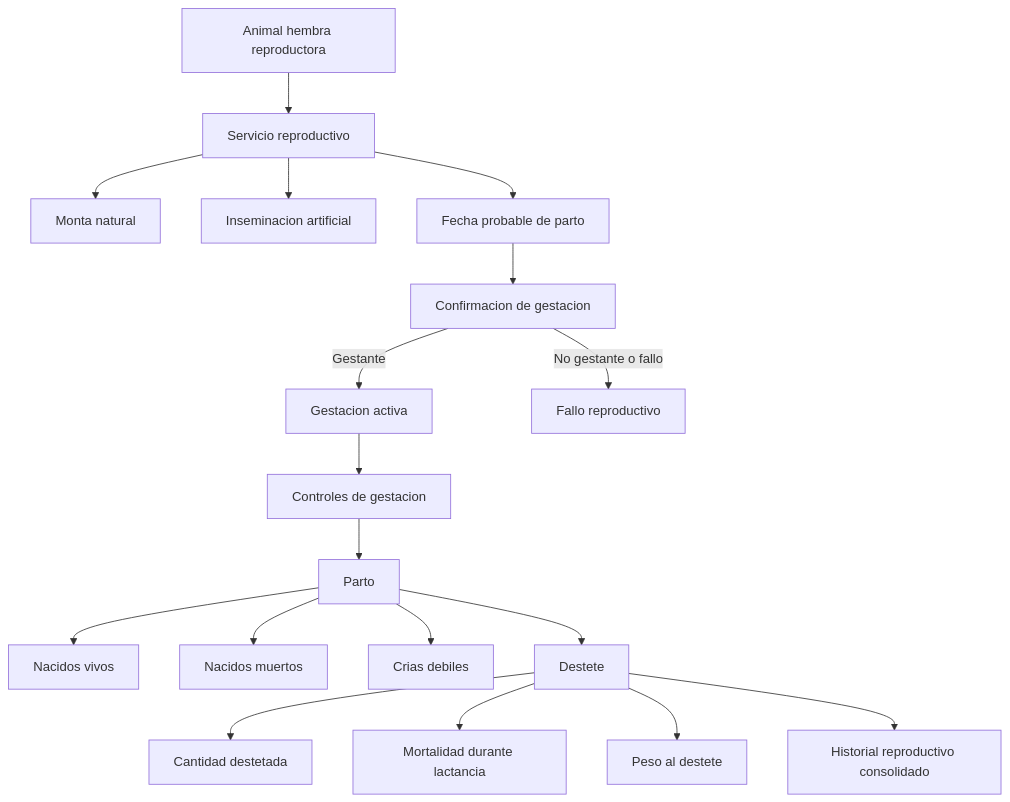
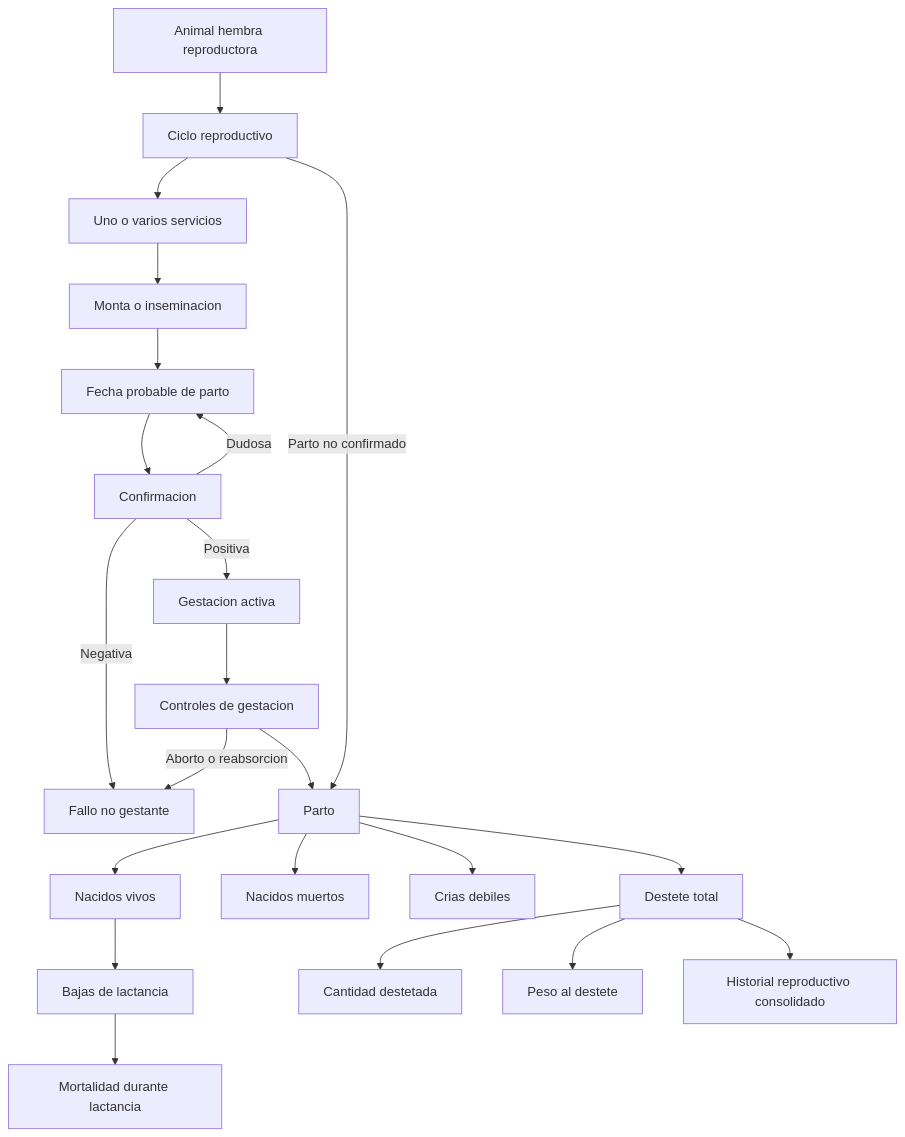
One commit to GregorioLucena/gestion-granjas-sdd changed the second of 5 diagrams in docs/04-diagrama-flujo.md. Above: the diagram before and after it, drawn with Mermaid. The commit also changed other lines of this file and 32 other files, not shown here.

````diff
--- a/docs/04-diagrama-flujo.md
+++ b/docs/04-diagrama-flujo.md
@@ -88,20 +86,24 @@
 ```mermaid
 flowchart TD
-    A[Animal hembra reproductora] --> B[Servicio reproductivo]
-    B --> B1[Monta natural]
-    B --> B2[Inseminacion artificial]
-    B --> C[Fecha probable de parto]
-    C --> D[Confirmacion de gestacion]
-    D -->|Gestante| E[Gestacion activa]
-    D -->|No gestante o fallo| F[Fallo reproductivo]
+    A[Animal hembra reproductora] --> B[Ciclo reproductivo]
+    B --> B1[Uno o varios servicios]
+    B1 --> B2[Monta o inseminacion]
+    B2 --> C[Fecha probable de parto]
+    C --> D[Confirmacion]
+    D -->|Dudosa| C
+    D -->|Positiva| E[Gestacion activa]
+    D -->|Negativa| F[Fallo no gestante]
     E --> G[Controles de gestacion]
+    G -->|Aborto o reabsorcion| F
     G --> H[Parto]
+    B -->|Parto no confirmado| H
     H --> H1[Nacidos vivos]
     H --> H2[Nacidos muertos]
     H --> H3[Crias debiles]
-    H --> I[Destete]
+    H1 --> I0[Bajas de lactancia]
+    H --> I[Destete total]
     I --> I1[Cantidad destetada]
-    I --> I2[Mortalidad durante lactancia]
+    I0 --> I2[Mortalidad durante lactancia]
     I --> I3[Peso al destete]
     I --> J[Historial reproductivo consolidado]
 ```
````
